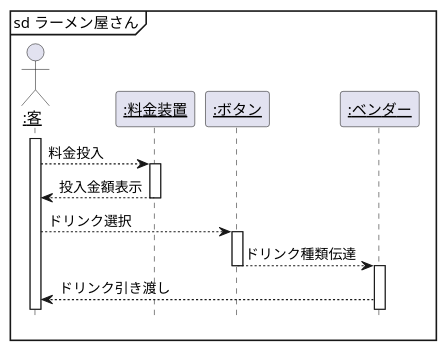
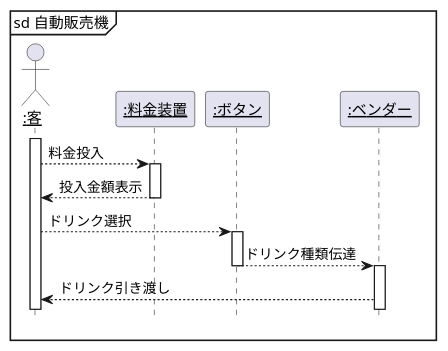
The diagram in 演習6-4-3_シーケンス図_自動販売機.pu (itouayumu/uml-introduction-), drawn with PlantUML before and after one commit.

Commit message:
修正

```diff
--- a/演習6-4-3_シーケンス図_自動販売機.pu
+++ b/演習6-4-3_シーケンス図_自動販売機.pu
@@ -1,21 +1,21 @@
 @startuml
 hide footbox
 Actor "<u>:客</u>" as a1
 participant "<u>:料金装置</u>" as a2
 participant "<u>:ボタン</u>" as a3
 participant "<u>:ベンダー</u>" as a4
-mainframe sd ラーメン屋さん
+mainframe sd 自動販売機
 
 activate a1
 a1-->a2:料金投入
      activate a2
 a1<--a2:投入金額表示
      deactivate a2
  a1-->a3:ドリンク選択
      activate a3
  a3-->a4:ドリンク種類伝達
      deactivate a3
  activate a4
 
  a1<--a4:ドリンク引き渡し
 @enduml
```
